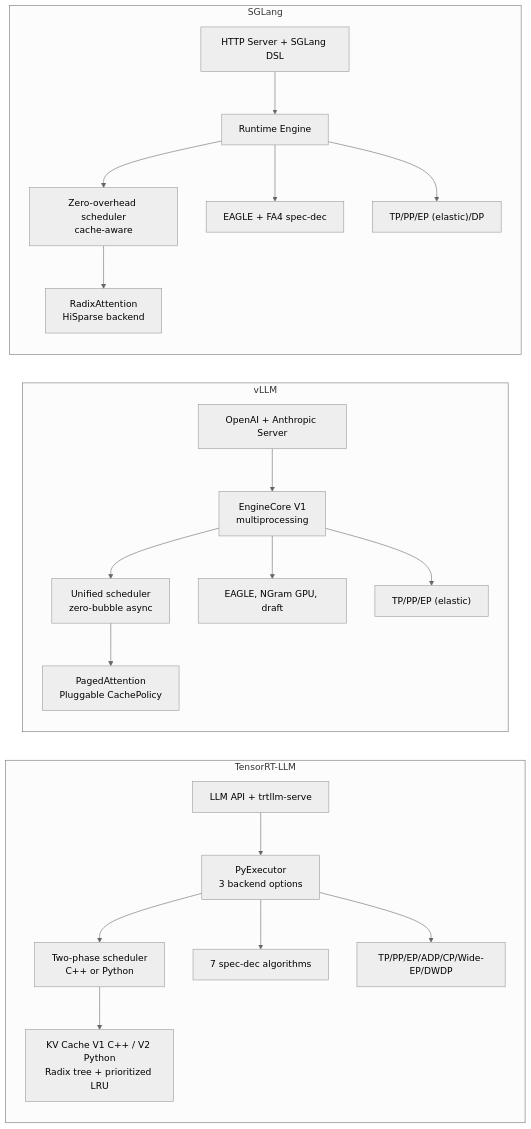
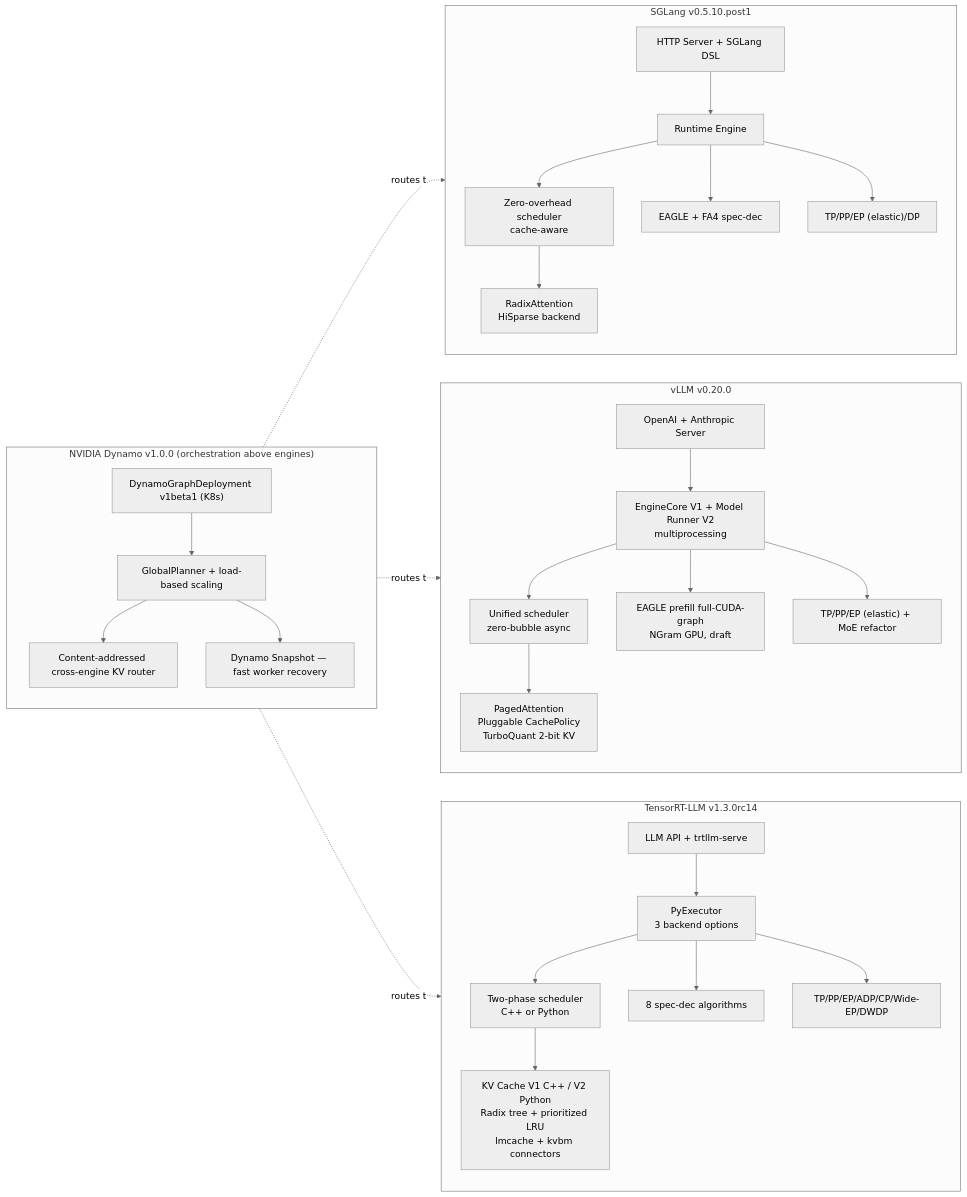
Before and after one commit to chienchunhung/TensorRT-LLM: the diagram in docs/overview/04-framework-comparison.md, drawn with Mermaid (neutral theme). The commit also changed other lines of this file and 21 other files, not shown here.

````diff
--- a/docs/overview/04-framework-comparison.md
+++ b/docs/overview/04-framework-comparison.md
@@ -7,41 +7,56 @@
 ```mermaid
 graph LR
-    subgraph "TensorRT-LLM"
+    subgraph "TensorRT-LLM v1.3.0rc14"
         direction TB
         T_API["LLM API + trtllm-serve"]
         T_Exec["PyExecutor<br/>3 backend options"]
         T_Sched["Two-phase scheduler<br/>C++ or Python"]
-        T_KV["KV Cache V1 C++ / V2 Python<br/>Radix tree + prioritized LRU"]
-        T_Spec["7 spec-dec algorithms"]
+        T_KV["KV Cache V1 C++ / V2 Python<br/>Radix tree + prioritized LRU<br/>lmcache + kvbm connectors"]
+        T_Spec["8 spec-dec algorithms"]
         T_Par["TP/PP/EP/ADP/CP/Wide-EP/DWDP"]
         T_API --> T_Exec --> T_Sched --> T_KV
         T_Exec --> T_Spec
         T_Exec --> T_Par
     end
 
-    subgraph "vLLM"
+    subgraph "vLLM v0.20.0"
         direction TB
         V_API["OpenAI + Anthropic Server"]
-        V_Exec["EngineCore V1<br/>multiprocessing"]
+        V_Exec["EngineCore V1 + Model Runner V2<br/>multiprocessing"]
         V_Sched["Unified scheduler<br/>zero-bubble async"]
-        V_KV["PagedAttention<br/>Pluggable CachePolicy"]
-        V_Spec["EAGLE, NGram GPU, draft"]
-        V_Par["TP/PP/EP (elastic)"]
+        V_KV["PagedAttention<br/>Pluggable CachePolicy<br/>TurboQuant 2-bit KV"]
+        V_Spec["EAGLE prefill full-CUDA-graph<br/>NGram GPU, draft"]
+        V_Par["TP/PP/EP (elastic) + MoE refactor"]
         V_API --> V_Exec --> V_Sched --> V_KV
         V_Exec --> V_Spec
         V_Exec --> V_Par
     end
 
-    subgraph "SGLang"
+    subgraph "SGLang v0.5.10.post1"
         direction TB
         S_API["HTTP Server + SGLang DSL"]
         S_Exec["Runtime Engine"]
         S_Sched["Zero-overhead scheduler<br/>cache-aware"]
         S_KV["RadixAttention<br/>HiSparse backend"]
         S_Spec["EAGLE + FA4 spec-dec"]
         S_Par["TP/PP/EP (elastic)/DP"]
         S_API --> S_Exec --> S_Sched --> S_KV
         S_Exec --> S_Spec
         S_Exec --> S_Par
     end
+
+    subgraph "NVIDIA Dynamo v1.0.0 (orchestration above engines)"
+        direction TB
+        D_API["DynamoGraphDeployment v1beta1 (K8s)"]
+        D_Plan["GlobalPlanner + load-based scaling"]
+        D_KV["Content-addressed cross-engine KV router"]
+        D_Snap["Dynamo Snapshot — fast worker recovery"]
+        D_API --> D_Plan
+        D_Plan --> D_KV
+        D_Plan --> D_Snap
+    end
+
+    D_KV -.routes to.-> T_API
+    D_KV -.routes to.-> V_API
+    D_KV -.routes to.-> S_API
 ```
````
